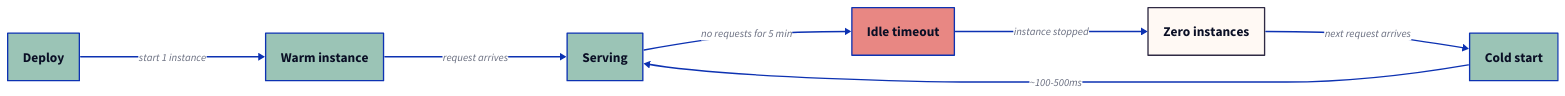
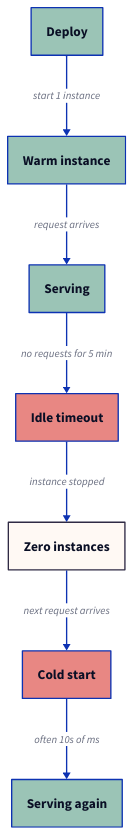
The diagram in website/src/pages/blog/scale-to-zero-without-containers.md (lilienblum/tako), drawn with D2 before and after one commit. The commit also changed other lines of this file and 36 other files, not shown here.

First line of the commit message:
feat(nextjs): add Next.js preset, SDK adapter, and raise cold start queue

````diff
--- a/website/src/pages/blog/scale-to-zero-without-containers.md
+++ b/website/src/pages/blog/scale-to-zero-without-containers.md
@@ -17,17 +17,18 @@
 ```d2
-direction: right
+direction: down
 
 deploy: Deploy {style.fill: "#9BC4B6"; style.font-size: 20}
 warm: Warm instance {style.fill: "#9BC4B6"; style.font-size: 20}
 serving: Serving {style.fill: "#9BC4B6"; style.font-size: 20}
 idle: Idle timeout {style.fill: "#E88783"; style.font-size: 20}
 zero: Zero instances {style.fill: "#FFF9F4"; style.stroke: "#2F2A44"; style.font-size: 20}
-cold: Cold start {style.fill: "#9BC4B6"; style.font-size: 20}
+cold: Cold start {style.fill: "#E88783"; style.font-size: 20}
+back: Serving again {style.fill: "#9BC4B6"; style.font-size: 20}
 
 deploy -> warm: start 1 instance
 warm -> serving: request arrives
 serving -> idle: no requests for 5 min
 idle -> zero: instance stopped
 zero -> cold: next request arrives
-cold -> serving: "~100-500ms"
+cold -> back: "often 10s of ms"
 ```
````
